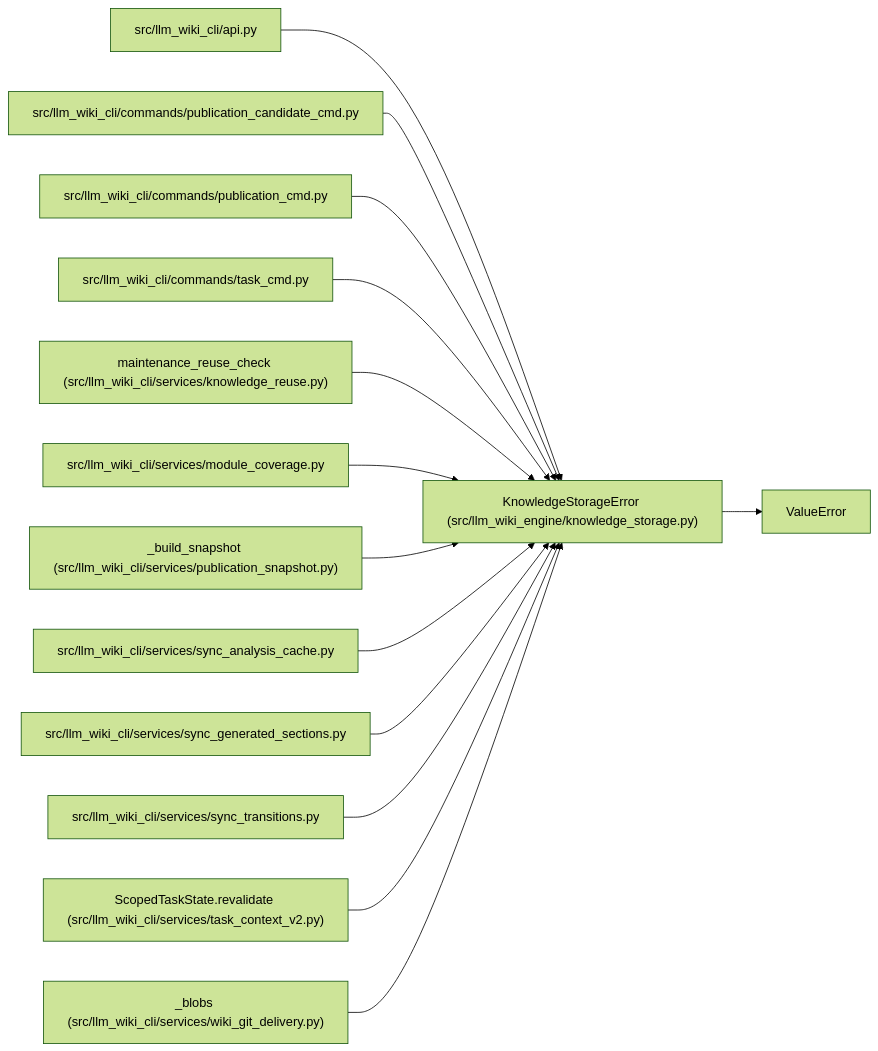
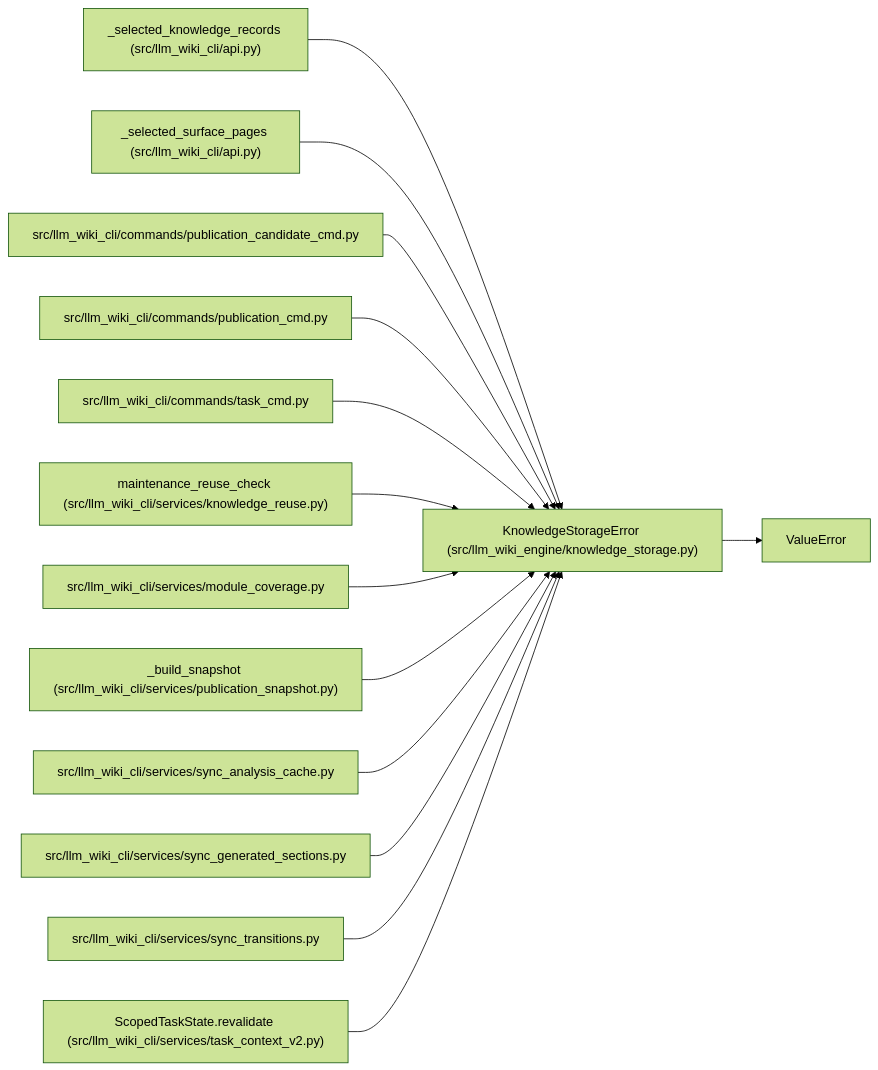
Before and after one commit to Denissvgn/python-wiki-llm: the diagram in docs/llm_wiki/entities/KnowledgeStorageError.md, drawn with Mermaid (forest theme). The commit also changed other lines of this file and 575 other files, not shown here.

Commit message:
docs: refresh the repository wiki for the selected impact read

````diff
--- a/docs/llm_wiki/entities/KnowledgeStorageError.md
+++ b/docs/llm_wiki/entities/KnowledgeStorageError.md
@@ -25,43 +25,43 @@
 ```mermaid
 flowchart LR
     n0["KnowledgeStorageError (src/llm_wiki_engine/knowledge_storage.py)"]
     n1["ValueError"]
-    n2["src/llm_wiki_cli/api.py"]
-    n3["src/llm_wiki_cli/commands/publication_candidate_cmd.py"]
-    n4["src/llm_wiki_cli/commands/publication_cmd.py"]
-    n5["src/llm_wiki_cli/commands/task_cmd.py"]
-    n6["maintenance_reuse_check (src/llm_wiki_cli/services/knowledge_reuse.py)"]
-    n7["src/llm_wiki_cli/services/module_coverage.py"]
-    n8["_build_snapshot (src/llm_wiki_cli/services/publication_snapshot.py)"]
-    n9["src/llm_wiki_cli/services/sync_analysis_cache.py"]
-    n10["src/llm_wiki_cli/services/sync_generated_sections.py"]
-    n11["src/llm_wiki_cli/services/sync_transitions.py"]
-    n12["ScopedTaskState.revalidate (src/llm_wiki_cli/services/task_context_v2.py)"]
-    n13["_blobs (src/llm_wiki_cli/services/wiki_git_delivery.py)"]
+    n2["_selected_knowledge_records (src/llm_wiki_cli/api.py)"]
+    n3["_selected_surface_pages (src/llm_wiki_cli/api.py)"]
+    n4["src/llm_wiki_cli/commands/publication_candidate_cmd.py"]
+    n5["src/llm_wiki_cli/commands/publication_cmd.py"]
+    n6["src/llm_wiki_cli/commands/task_cmd.py"]
+    n7["maintenance_reuse_check (src/llm_wiki_cli/services/knowledge_reuse.py)"]
+    n8["src/llm_wiki_cli/services/module_coverage.py"]
+    n9["_build_snapshot (src/llm_wiki_cli/services/publication_snapshot.py)"]
+    n10["src/llm_wiki_cli/services/sync_analysis_cache.py"]
+    n11["src/llm_wiki_cli/services/sync_generated_sections.py"]
+    n12["src/llm_wiki_cli/services/sync_transitions.py"]
+    n13["ScopedTaskState.revalidate (src/llm_wiki_cli/services/task_context_v2.py)"]
     n0 --> n1
     n2 --> n0
     n3 --> n0
     n4 --> n0
     n5 --> n0
     n6 --> n0
     n7 --> n0
     n8 --> n0
     n9 --> n0
     n10 --> n0
     n11 --> n0
     n12 --> n0
     n13 --> n0
     click n0 "../modules/knowledge_storage.md"
     click n2 "../modules/api.md"
-    click n3 "../modules/publication_candidate_cmd.md"
-    click n4 "../modules/publication_cmd.md"
-    click n5 "../modules/task_cmd.md"
-    click n6 "../modules/knowledge_reuse.md"
-    click n7 "../modules/module_coverage.md"
-    click n8 "../modules/publication_snapshot.md"
-    click n9 "../modules/sync_analysis_cache.md"
-    click n10 "../modules/sync_generated_sections.md"
-    click n11 "../modules/sync_transitions.md"
-    click n12 "../modules/task_context_v2.md"
-    click n13 "../modules/wiki_git_delivery.md"
+    click n3 "../modules/api.md"
+    click n4 "../modules/publication_candidate_cmd.md"
+    click n5 "../modules/publication_cmd.md"
+    click n6 "../modules/task_cmd.md"
+    click n7 "../modules/knowledge_reuse.md"
+    click n8 "../modules/module_coverage.md"
+    click n9 "../modules/publication_snapshot.md"
+    click n10 "../modules/sync_analysis_cache.md"
+    click n11 "../modules/sync_generated_sections.md"
+    click n12 "../modules/sync_transitions.md"
+    click n13 "../modules/task_context_v2.md"
 ```
````
